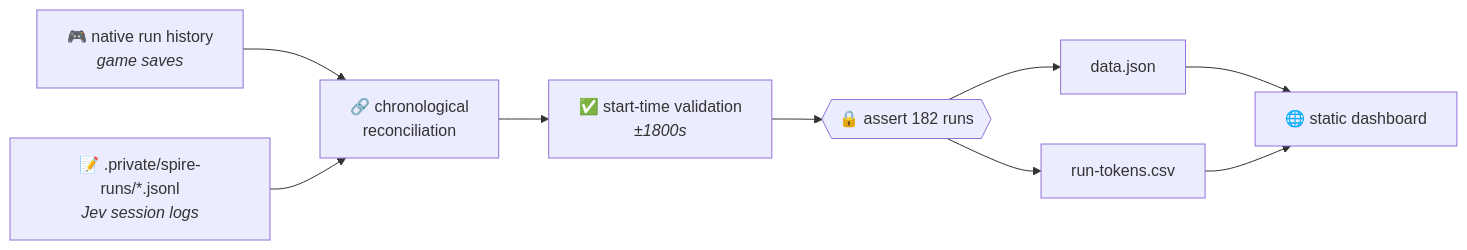
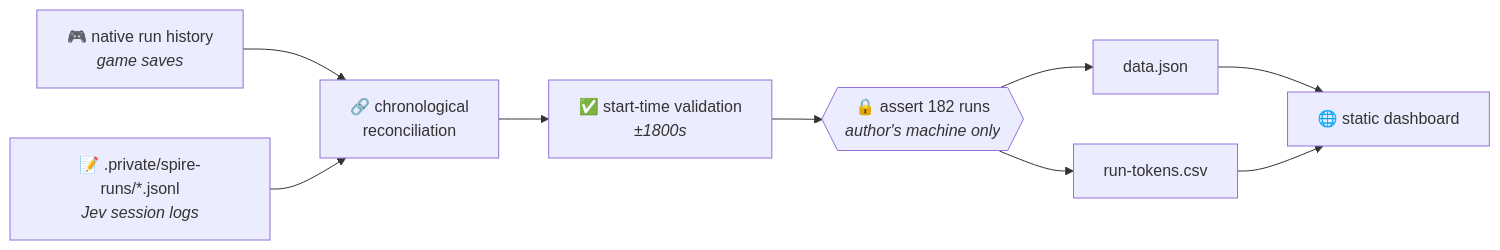
The diagram in docs/progress.md (shoemoney/jev-the-spire2), drawn with Mermaid before and after one commit. The commit also changed other lines of this file and 1 other file, not shown here.

````diff
--- a/docs/progress.md
+++ b/docs/progress.md
@@ -11,10 +24,10 @@
 ```mermaid
 flowchart LR
     R["🎮 native run history<br/><i>game saves</i>"] --> M["🔗 chronological<br/>reconciliation"]
     L["📝 .private/spire-runs/*.jsonl<br/><i>Jev session logs</i>"] --> M
     M --> V["✅ start-time validation<br/><i>±1800s</i>"]
-    V --> A{{"🔒 assert 182 runs"}}
+    V --> A{{"🔒 assert 182 runs<br/><i>author's machine only</i>"}}
     A --> D["data.json"]
     A --> C["run-tokens.csv"]
     D & C --> S["🌐 static dashboard"]
 ```
````
